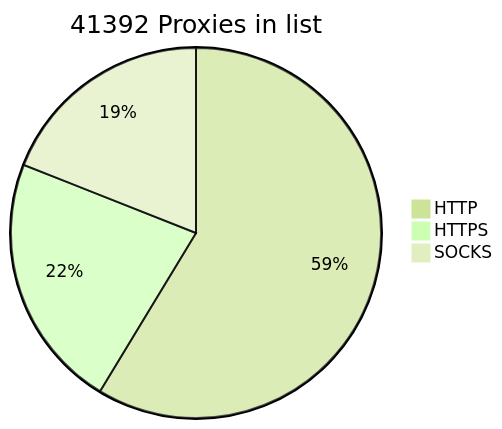
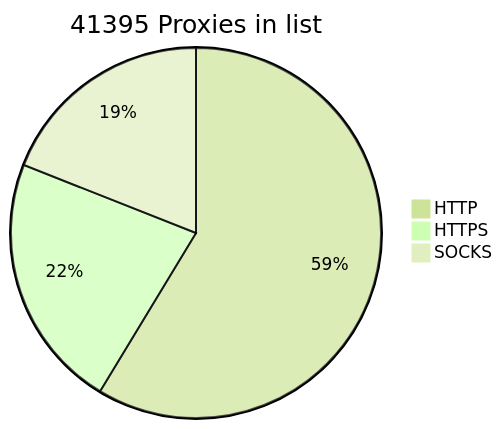
One commit to BlackSnowDot/proxylist-update-every-minute changed the diagram in README.md. Above: the diagram before and after it, drawn with Mermaid (forest theme).

````diff
--- a/README.md
+++ b/README.md
@@ -2,6 +2,6 @@
 ```mermaid
-pie title 41392 Proxies in list
+pie title 41395 Proxies in list
     "HTTP" : 28497
     "HTTPS": 10840
-    "SOCKS" : 9232
+    "SOCKS" : 9235
 ```
````
